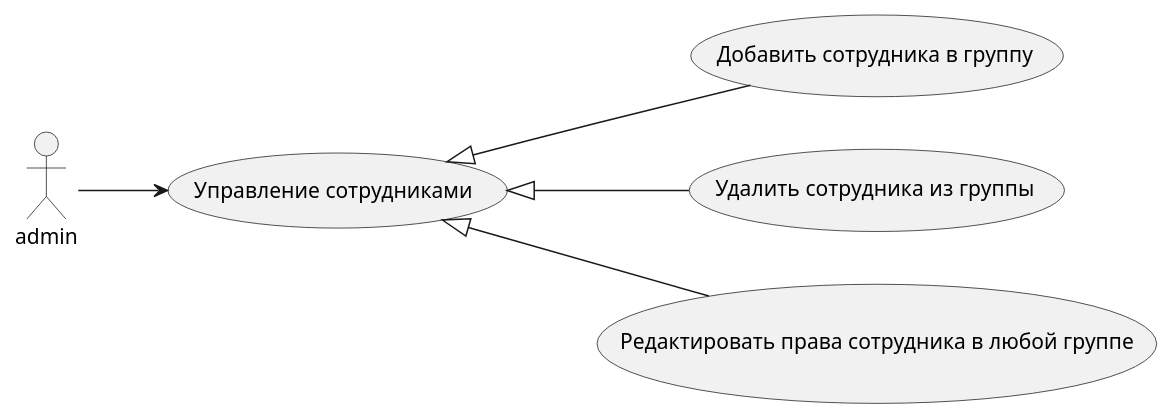
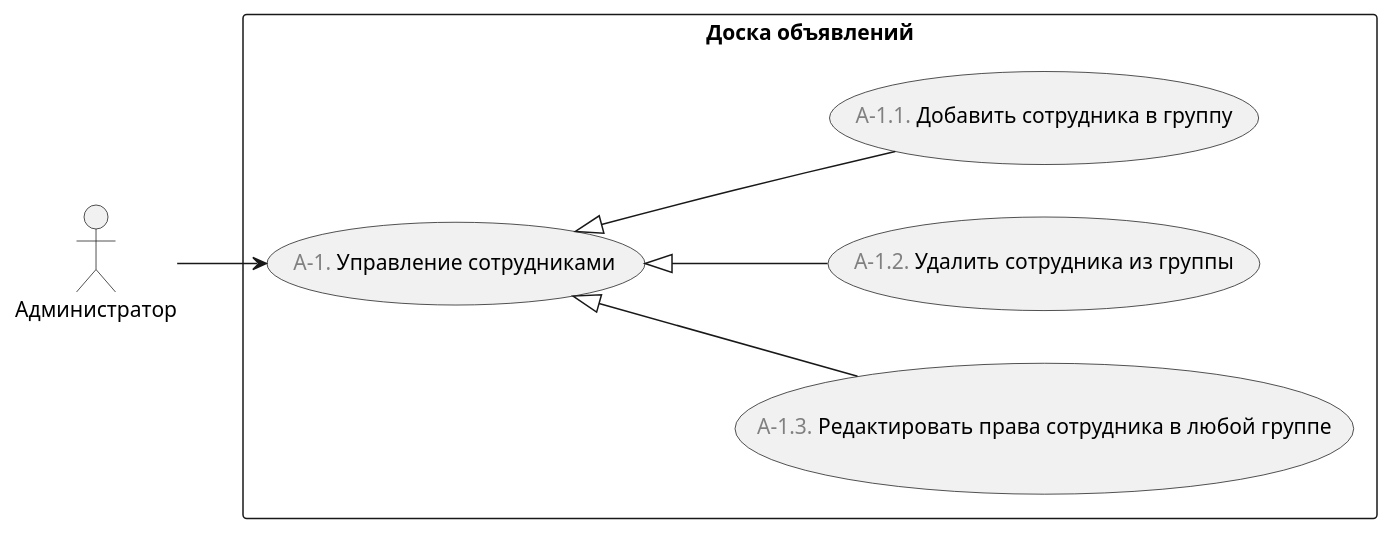
The diagram in doc/Диаграммы/use case/manage employees.puml (astu-app/ASTU-Bulletin-Board-Server), drawn with PlantUML before and after one commit. The commit also changed 10 other files, not shown here.

```diff
--- a/doc/Диаграммы/use case/manage employees.puml
+++ b/doc/Диаграммы/use case/manage employees.puml
@@ -1,12 +1,17 @@
 @startuml
 'https://plantuml.com/use-case-diagram
 
 left to right direction
 
-admin --> (Управление сотрудниками)
+:Администратор: as admin
 
-(Управление сотрудниками) <|-- (Добавить сотрудника в группу) 
-(Управление сотрудниками) <|-- (Удалить сотрудника из группы) 
-(Управление сотрудниками) <|-- (Редактировать права сотрудника в любой группе)
+rectangle "Доска объявлений" {
+    (<font color="gray">A-1.</font> Управление сотрудниками) as manage_employees
+
+    admin --> manage_employees
+    manage_employees <|-- (<font color="gray">A-1.3.</font> Редактировать права сотрудника в любой группе)
+    manage_employees <|-- (<font color="gray">A-1.2.</font> Удалить сотрудника из группы) 
+    manage_employees <|-- (<font color="gray">A-1.1.</font> Добавить сотрудника в группу) 
+}
 
 @enduml
```
